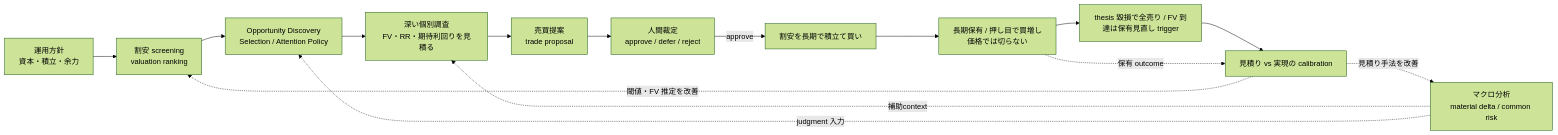
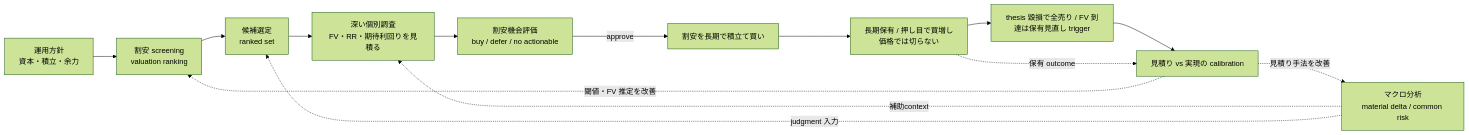
Before and after one commit to koumatsumoto/baibai-loop: the diagram in docs/doctrine.md, drawn with Mermaid (forest theme). The commit also changed other lines of this file and 24 other files, not shown here.

````diff
--- a/docs/doctrine.md
+++ b/docs/doctrine.md
@@ -26,17 +26,16 @@
 ```mermaid
 flowchart LR
   policy["運用方針<br/>資本・積立・余力"] --> screen["割安 screening<br/>valuation ranking"]
   macro["マクロ分析<br/>material delta / common risk"] -.補助context.-> research
   macro -.judgment 入力.-> select
-  screen --> select["Opportunity Discovery<br/>Selection / Attention Policy"]
+  screen --> select["候補選定<br/>ranked set"]
   select --> research["深い個別調査<br/>FV・RR・期待利回りを見積る"]
-  research --> proposal["売買提案<br/>trade proposal"]
-  proposal --> decision["人間裁定<br/>approve / defer / reject"]
+  research --> decision["割安機会評価<br/>buy / defer / no actionable"]
   decision -- approve --> buy["割安を長期で積立て買い"]
   buy --> hold["長期保有 / 押し目で買増し<br/>価格では切らない"]
   hold --> sell["thesis 毀損で全売り / FV 到達は保有見直し trigger"]
   sell --> calib["見積り vs 実現の calibration"]
   hold -.保有 outcome.-> calib
   calib -.見積り手法を改善.-> macro
   calib -.閾値・FV 推定を改善.-> screen
 ```
````
